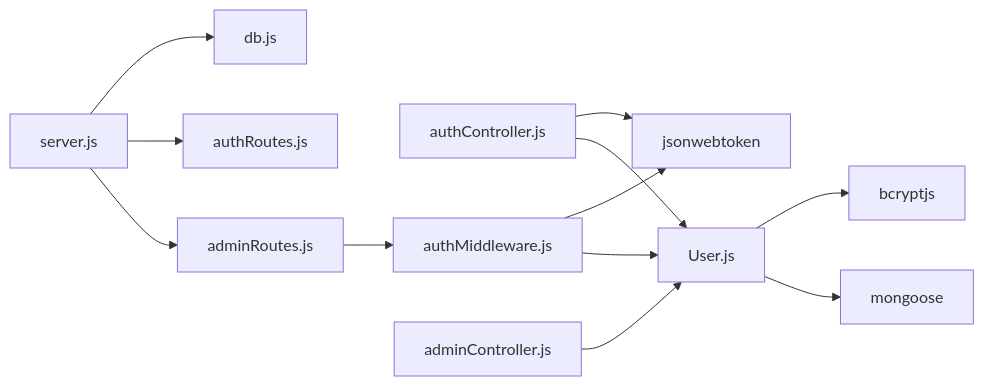
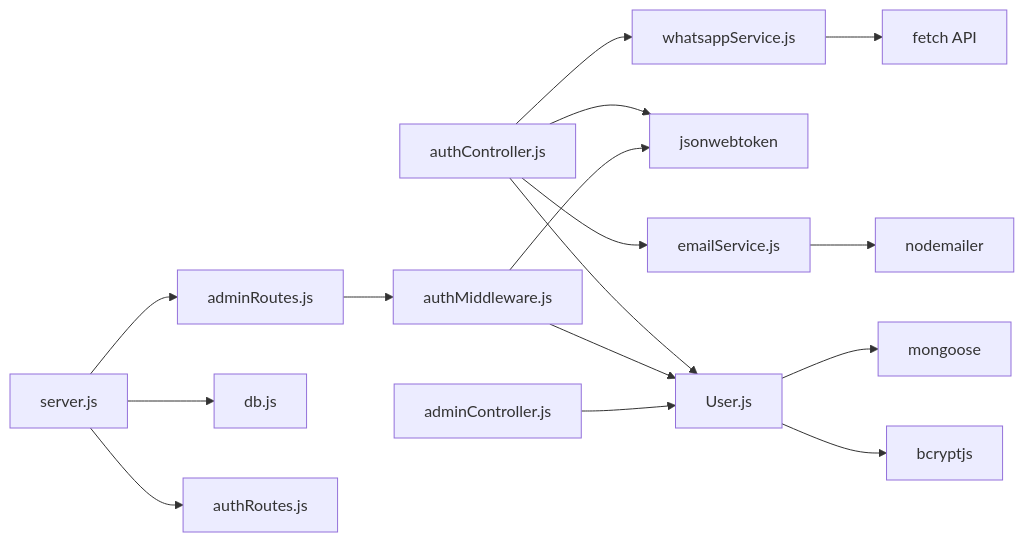
Before and after one commit to Pavan-PSPK9032/TrendsandToss: the fifth of 5 diagrams in .qoder/repowiki/en/content/Database Schemas & Models/User Model.md, drawn with Mermaid. The commit also changed other lines of this file and 16 other files, not shown here.

````diff
--- a/.qoder/repowiki/en/content/Database Schemas & Models/User Model.md
+++ b/.qoder/repowiki/en/content/Database Schemas & Models/User Model.md
@@ -276,14 +376,18 @@
 ```mermaid
 graph LR
 UserJS["User.js"] --> Bcrypt["bcryptjs"]
 UserJS --> Mongoose["mongoose"]
 AuthCtrl["authController.js"] --> JWT["jsonwebtoken"]
 AuthCtrl --> UserJS
+AuthCtrl --> EmailSvc["emailService.js"]
+AuthCtrl --> WhatsAppSvc["whatsappService.js"]
 AuthMW["authMiddleware.js"] --> JWT
 AuthMW --> UserJS
 AdminRoutes["adminRoutes.js"] --> AuthMW
 AdminCtrl["adminController.js"] --> UserJS
 Server["server.js"] --> DB["db.js"]
 Server --> AuthRoutes["authRoutes.js"]
 Server --> AdminRoutes
+EmailSvc --> Nodemailer["nodemailer"]
+WhatsAppSvc --> Fetch["fetch API"]
 ```
````
